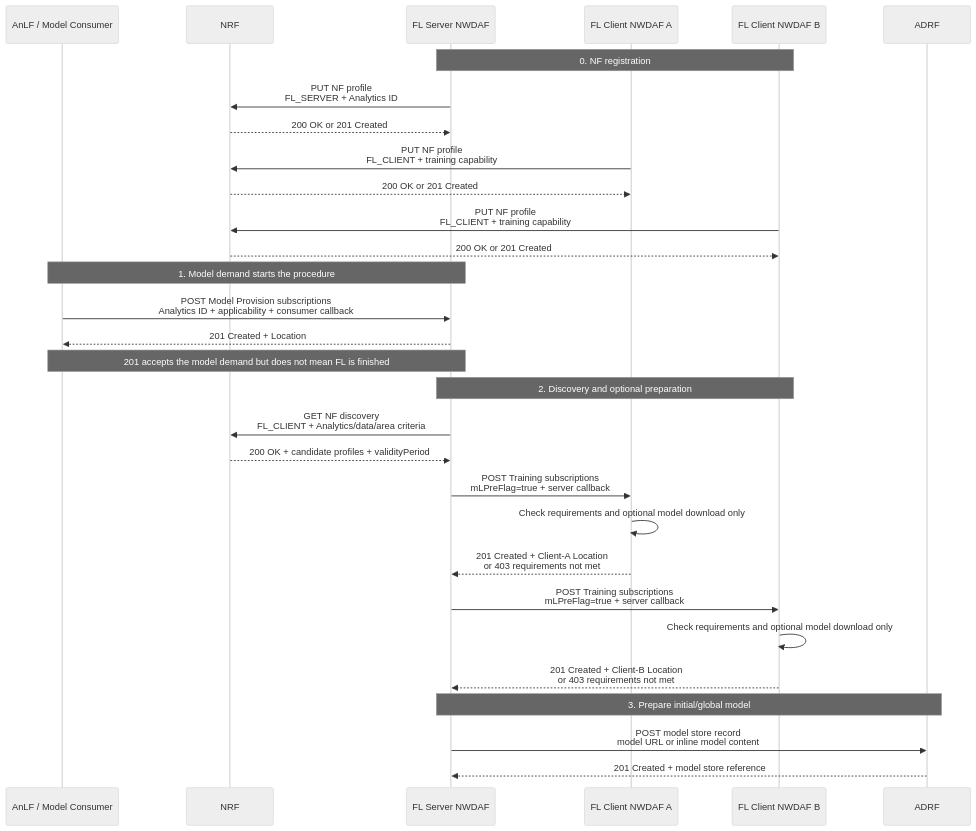
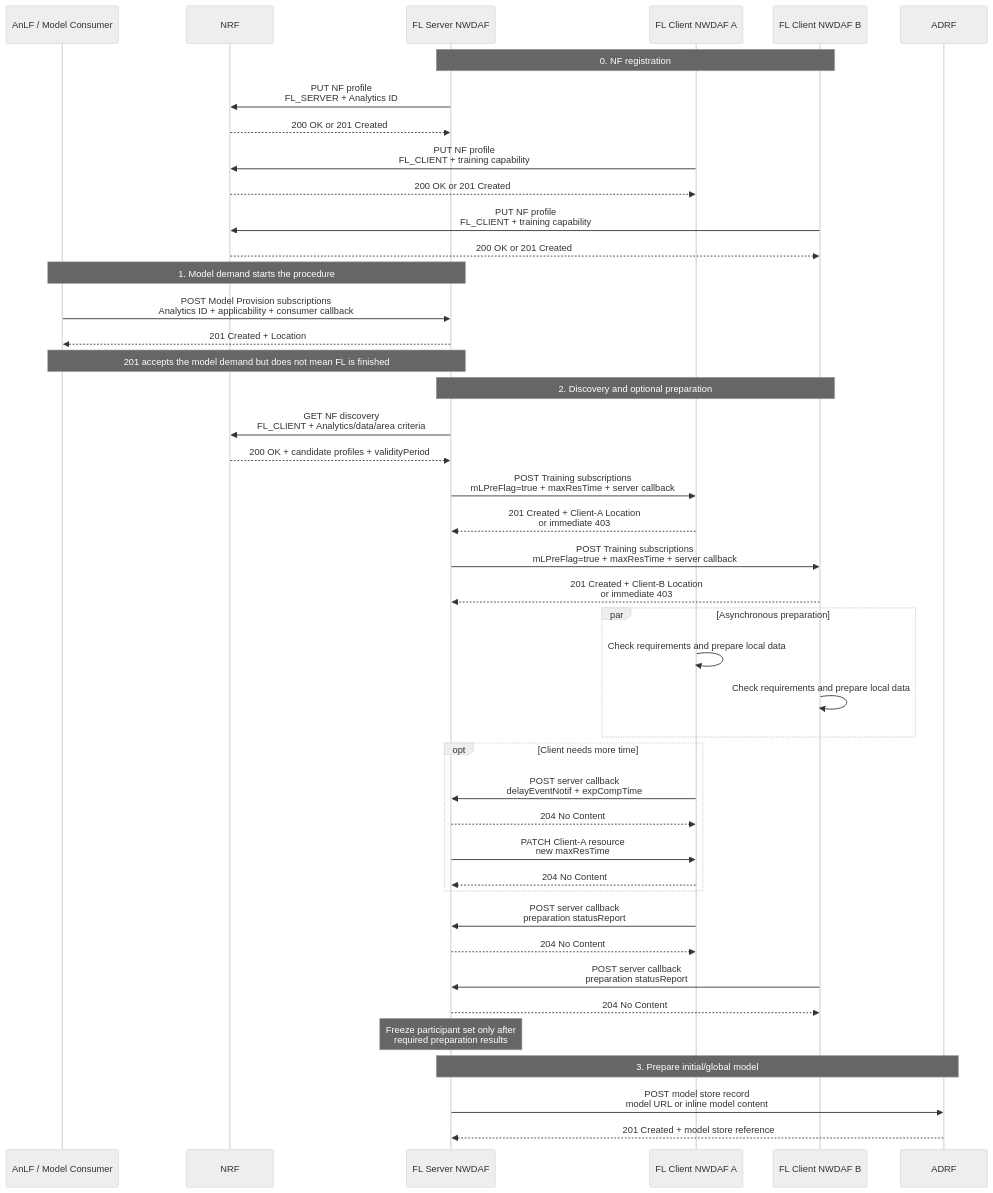
One commit to ChingJe/nwdaf-docs changed the sixth of 8 diagrams in docs/specification-guides/NWDAF Federated Learning Release 18 規格解讀.md. Above: the diagram before and after it, drawn with Mermaid (neutral theme). The commit also changed other lines of this file and 4 other files, not shown here.

````diff
--- a/docs/specification-guides/NWDAF Federated Learning Release 18 規格解讀.md
+++ b/docs/specification-guides/NWDAF Federated Learning Release 18 規格解讀.md
@@ -1970,36 +2078,49 @@
 ```mermaid
 sequenceDiagram
     participant A as AnLF / Model Consumer
     participant NRF as NRF
     participant S as FL Server NWDAF
     participant C1 as FL Client NWDAF A
     participant C2 as FL Client NWDAF B
     participant ADRF as ADRF
 
     Note over S,C2: 0. NF registration
     S->>NRF: PUT NF profile<br/>FL_SERVER + Analytics ID
     NRF-->>S: 200 OK or 201 Created
     C1->>NRF: PUT NF profile<br/>FL_CLIENT + training capability
     NRF-->>C1: 200 OK or 201 Created
     C2->>NRF: PUT NF profile<br/>FL_CLIENT + training capability
     NRF-->>C2: 200 OK or 201 Created
 
     Note over A,S: 1. Model demand starts the procedure
     A->>S: POST Model Provision subscriptions<br/>Analytics ID + applicability + consumer callback
     S-->>A: 201 Created + Location
     Note over A,S: 201 accepts the model demand but does not mean FL is finished
 
     Note over S,C2: 2. Discovery and optional preparation
     S->>NRF: GET NF discovery<br/>FL_CLIENT + Analytics/data/area criteria
     NRF-->>S: 200 OK + candidate profiles + validityPeriod
-    S->>C1: POST Training subscriptions<br/>mLPreFlag=true + server callback
-    C1->>C1: Check requirements and optional model download only
-    C1-->>S: 201 Created + Client-A Location<br/>or 403 requirements not met
-    S->>C2: POST Training subscriptions<br/>mLPreFlag=true + server callback
-    C2->>C2: Check requirements and optional model download only
-    C2-->>S: 201 Created + Client-B Location<br/>or 403 requirements not met
+    S->>C1: POST Training subscriptions<br/>mLPreFlag=true + maxResTime + server callback
+    C1-->>S: 201 Created + Client-A Location<br/>or immediate 403
+    S->>C2: POST Training subscriptions<br/>mLPreFlag=true + maxResTime + server callback
+    C2-->>S: 201 Created + Client-B Location<br/>or immediate 403
+    par Asynchronous preparation
+        C1->>C1: Check requirements and prepare local data
+        C2->>C2: Check requirements and prepare local data
+    end
+    opt Client needs more time
+        C1->>S: POST server callback<br/>delayEventNotif + expCompTime
+        S-->>C1: 204 No Content
+        S->>C1: PATCH Client-A resource<br/>new maxResTime
+        C1-->>S: 204 No Content
+    end
+    C1->>S: POST server callback<br/>preparation statusReport
+    S-->>C1: 204 No Content
+    C2->>S: POST server callback<br/>preparation statusReport
+    S-->>C2: 204 No Content
+    Note over S: Freeze participant set only after<br/>required preparation results
 
     Note over S,ADRF: 3. Prepare initial/global model
     S->>ADRF: POST model store record<br/>model URL or inline model content
     ADRF-->>S: 201 Created + model store reference
 ```
````
